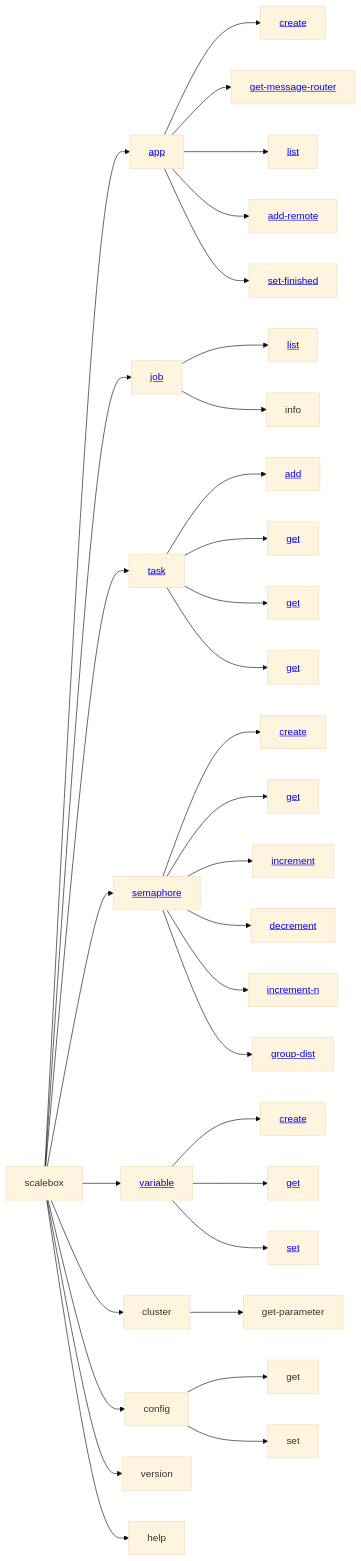
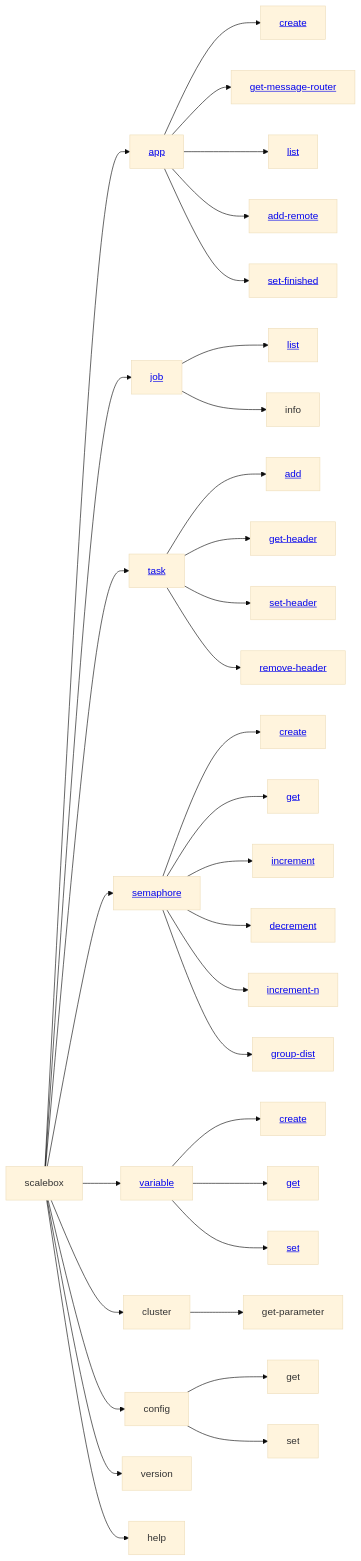
One commit to kaichao/scalebox changed the diagram in docs/zh_CN/source/appendix/cmdline.md. Above: the diagram before and after it, drawn with Mermaid (base theme). The commit also changed other lines of this file and 3 other files, not shown here.

````diff
--- a/docs/zh_CN/source/appendix/cmdline.md
+++ b/docs/zh_CN/source/appendix/cmdline.md
@@ -31,45 +31,45 @@
 ```{mermaid}
 
 graph LR
   scalebox --> app[<a href="#app">app</a>]
   app --> app-create[<a href="#app-create">create</a>]
   app --> get-message-router[<a href="#app-get-message-router">get-message-router</a>]
   app --> app-list[<a href="#app-list">list</a>]
   app --> app-add-remote[<a href="#app-add-remote">add-remote</a>]
   app --> app-set-finished[<a href="#app-set-finished">set-finished</a>]
 
   scalebox --> job[<a href="#job">job</a>]
   job --> job-list[<a href="#job-list">list</a>]
   job --> job-info[info]
 
   scalebox --> task[<a href="#task">task</a>]
   task --> task-add[<a href="#task-add">add</a>]
-  task --> task-get-header[<a href="#task-get-header">get</a>]
-  task --> task-set-header[<a href="#task-set-header">get</a>]
-  task --> task-remove-header[<a href="#task-remove-header">get</a>]
+  task --> task-get-header[<a href="#task-get-header">get-header</a>]
+  task --> task-set-header[<a href="#task-set-header">set-header</a>]
+  task --> task-remove-header[<a href="#task-remove-header">remove-header</a>]
 
   scalebox --> semaphore[<a href="#semaphore">semaphore</a>]
   semaphore --> sema-create[<a href="#semaphore-create">create</a>]
   semaphore --> semaphore-get[<a href="#semaphore-get">get</a>]
   semaphore --> increment[<a href="#semaphore-increment">increment</a>]
   semaphore --> decrement[<a href="#semaphore-decrement">decrement</a>]
   semaphore --> increment-n[<a href="#semaphore-increment">increment-n</a>]
   semaphore --> semaphore-group-dist[<a href="#semaphore-group-dist">group-dist</a>]
 
   scalebox --> variable[<a href="#variable">variable</a>]
   variable --> variable-create[<a href="#variable-create">create</a>]
   variable --> variable-get[<a href="#variable-get">get</a>]
   variable --> variable-set[<a href="#variable-set">set</a>]
 
   scalebox --> cluster
   cluster --> get-parameter
 
   scalebox --> config
   config --> config-get[get]
   config --> config-set[set]  
 
   scalebox --> version
 
   scalebox --> help
 
 ```
````
